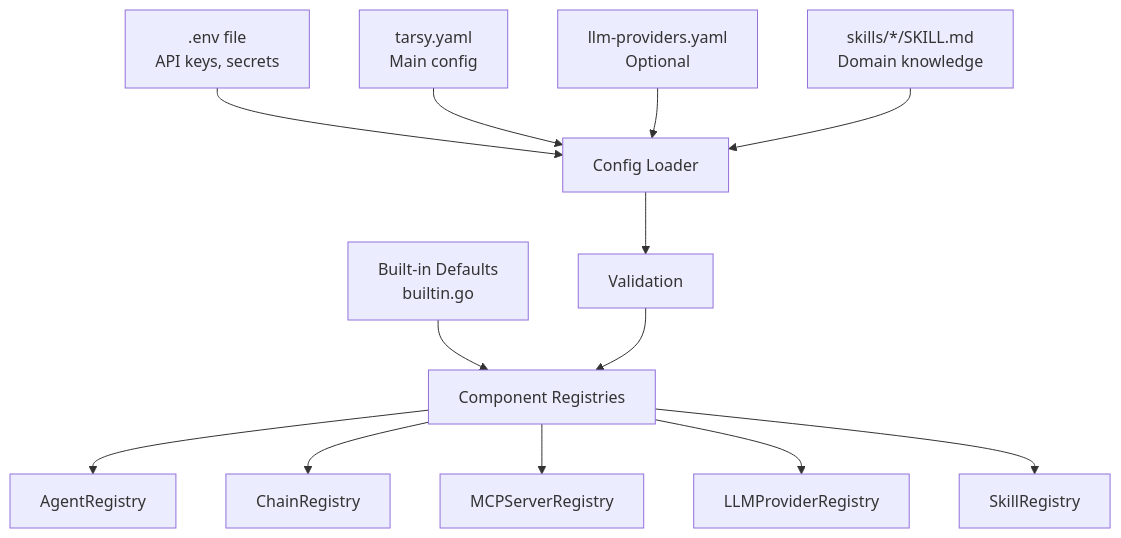
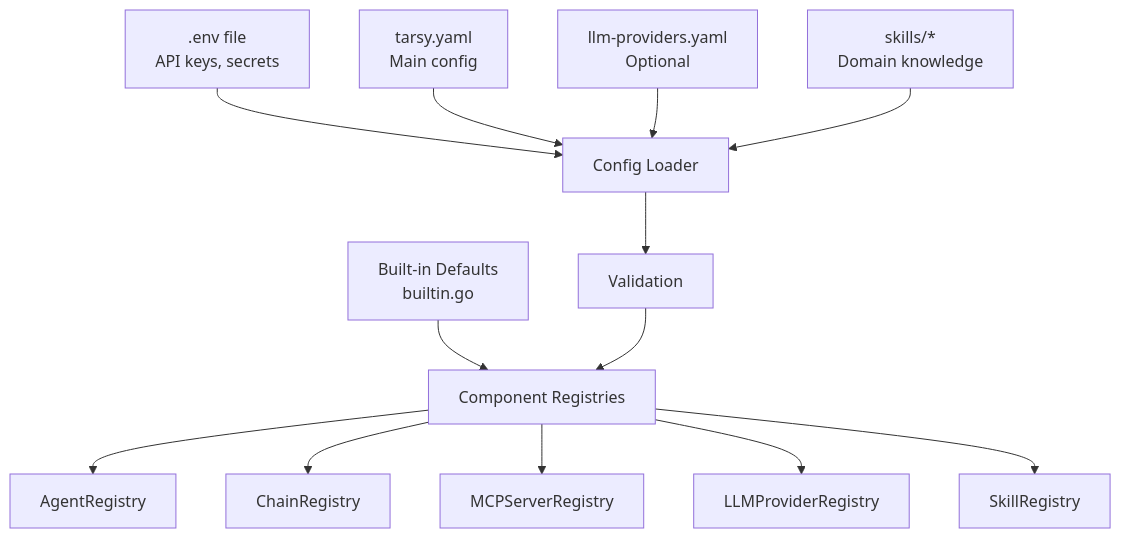
One commit to codeready-toolchain/tarsy changed the second of 9 diagrams in docs/functional-areas-design.md. Above: the diagram before and after it, drawn with Mermaid. The commit also changed other lines of this file and 8 other files, not shown here.

````diff
--- a/docs/functional-areas-design.md
+++ b/docs/functional-areas-design.md
@@ -173,17 +173,17 @@
 ```mermaid
 graph TB
     ENV[".env file<br/>API keys, secrets"] --> Loader
     YAML["tarsy.yaml<br/>Main config"] --> Loader[Config Loader]
     LLMYaml["llm-providers.yaml<br/>Optional"] --> Loader
-    SkillFiles["skills/*/SKILL.md<br/>Domain knowledge"] --> Loader
+    SkillFiles["skills/*<br/>Domain knowledge"] --> Loader
     BuiltIn["Built-in Defaults<br/>builtin.go"] --> Registries
 
     Loader --> Validation[Validation]
     Validation --> Registries[Component Registries]
 
     Registries --> AgentReg[AgentRegistry]
     Registries --> ChainReg[ChainRegistry]
     Registries --> MCPReg[MCPServerRegistry]
     Registries --> LLMReg[LLMProviderRegistry]
     Registries --> SkillReg[SkillRegistry]
 ```
````
